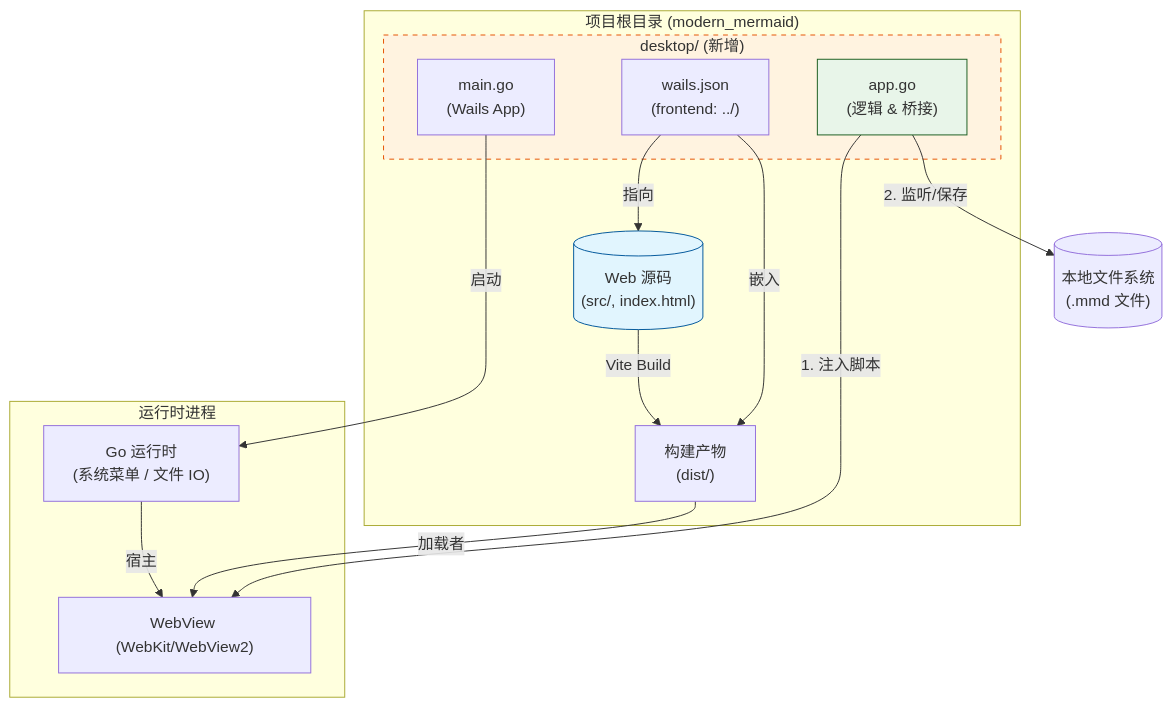
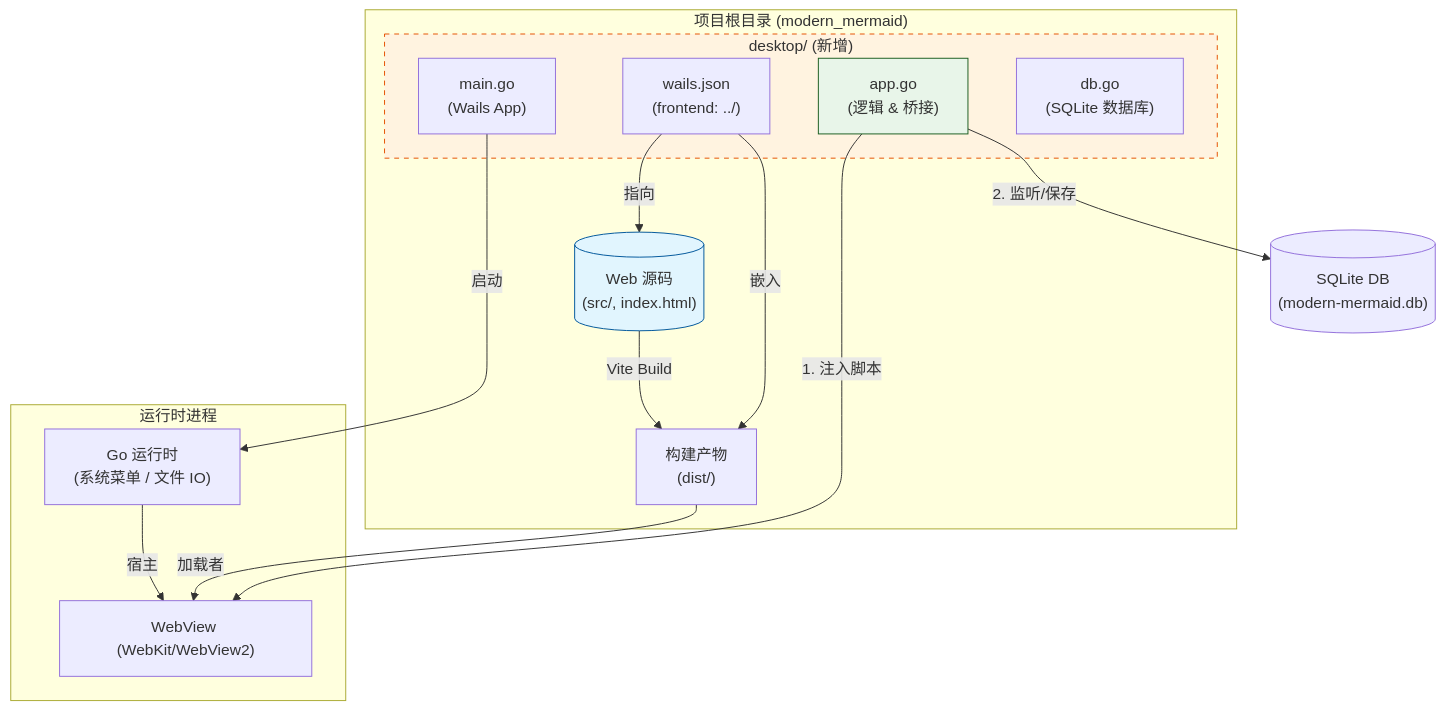
Before and after one commit to doggeddog/modern_mermaid: the first of 2 diagrams in docs/WAILS_MIGRATION.md, drawn with Mermaid. The commit also changed other lines of this file and 2 other files, not shown here.

````diff
--- a/docs/WAILS_MIGRATION.md
+++ b/docs/WAILS_MIGRATION.md
@@ -18,34 +18,35 @@
 ```mermaid
 graph TB
     subgraph Root["项目根目录 (modern_mermaid)"]
         WebSrc[("Web 源码\n(src/, index.html)")]
         BuildDist["构建产物\n(dist/)"]
         
         subgraph DesktopDir["desktop/ (新增)"]
             WailsConfig["wails.json\n(frontend: ../)"]
             GoMain["main.go\n(Wails App)"]
             GoApp["app.go\n(逻辑 & 桥接)"]
+            GoDB["db.go\n(SQLite 数据库)"]
         end
     end
 
     subgraph Runtime["运行时进程"]
         GoRuntime["Go 运行时\n(系统菜单 / 文件 IO)"]
         WebView["WebView (WebKit/WebView2)"]
     end
 
     %% 关系
     WebSrc -- "Vite Build" --> BuildDist
     WailsConfig -- "指向" --> WebSrc
     WailsConfig -- "嵌入" --> BuildDist
     
     GoMain -- "启动" --> GoRuntime
     GoRuntime -- "宿主" --> WebView
     BuildDist -- "加载者" --> WebView
     
     GoApp -- "1. 注入脚本" --> WebView
-    GoApp -- "2. 监听/保存" --> LocalFS[("本地文件系统\n(.mmd 文件)")]
+    GoApp -- "2. 监听/保存" --> DB[("SQLite DB\n(modern-mermaid.db)")]
 
     style WebSrc fill:#e1f5fe,stroke:#01579b
     style GoApp fill:#e8f5e9,stroke:#1b5e20
     style DesktopDir fill:#fff3e0,stroke:#e65100,stroke-dasharray: 5 5
 ```
````
